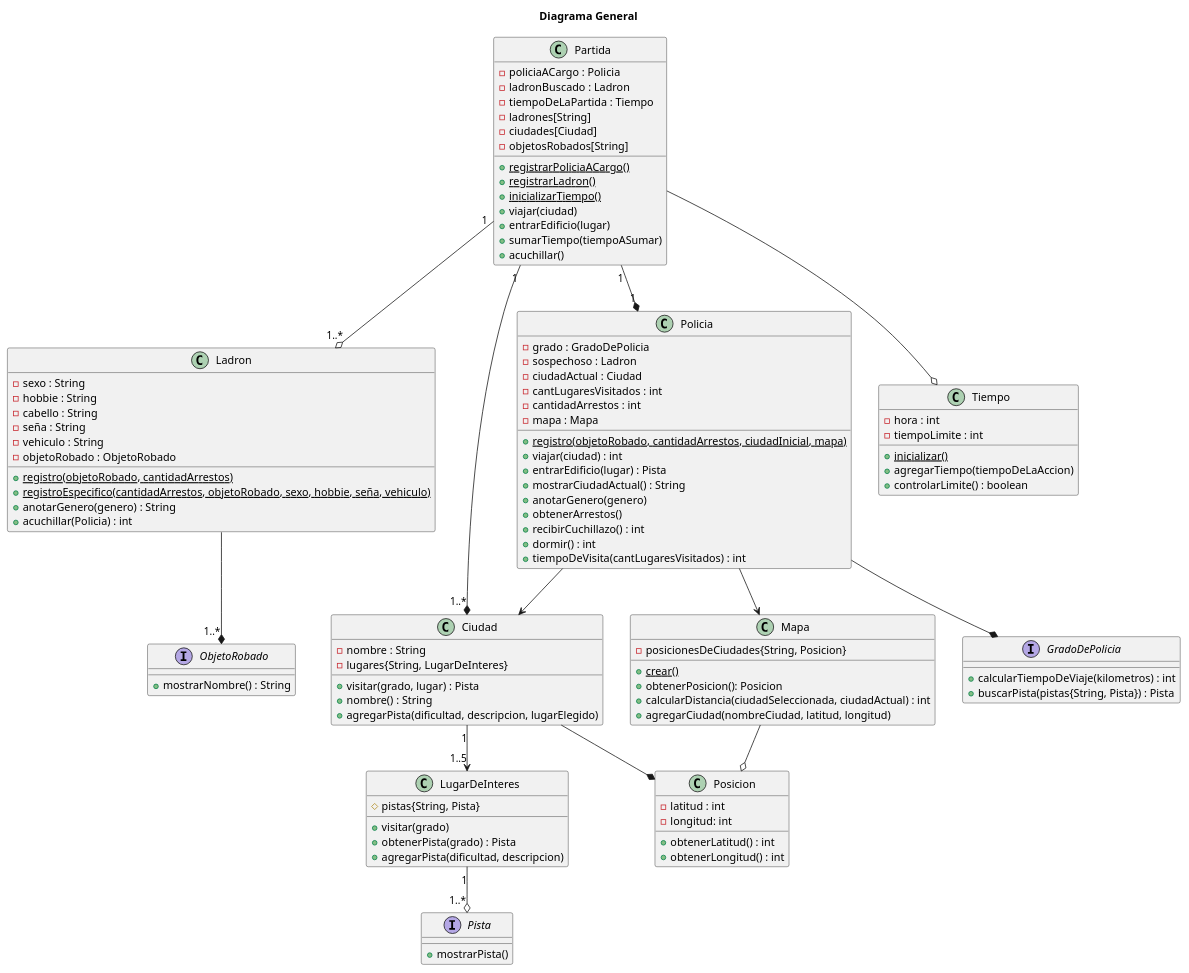
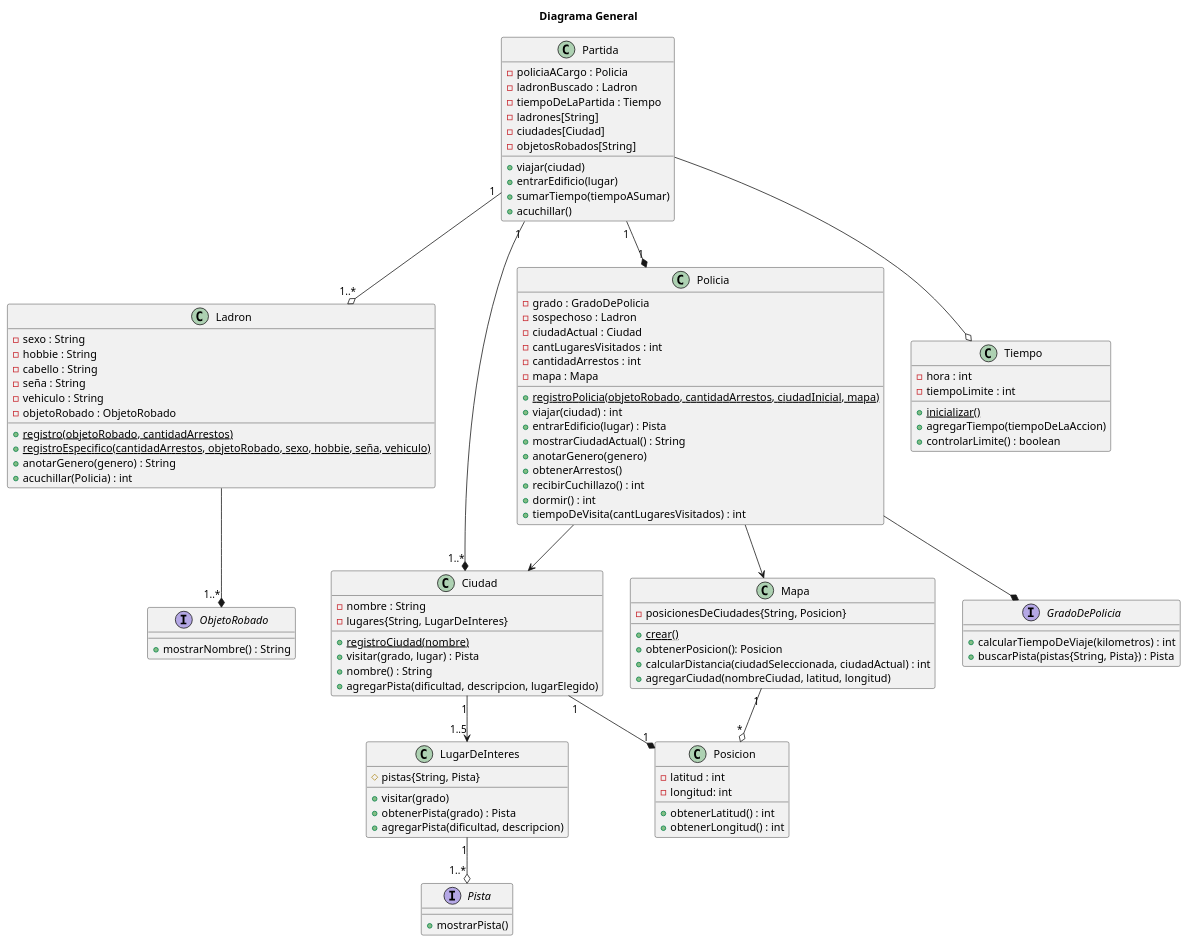
The diagram in diagrams/classes/entrega1/DC_general.puml (kmu01/Algo3_tp2), drawn with PlantUML before and after one commit. The commit also changed 4 other files, not shown here.

```diff
--- a/diagrams/classes/entrega1/DC_general.puml
+++ b/diagrams/classes/entrega1/DC_general.puml
@@ -1,118 +1,116 @@
 @startuml 
 title Diagrama General
 
 
 class Ciudad{
     - nombre : String
     - lugares{String, LugarDeInteres}
+    + {static} registroCiudad(nombre)
     + visitar(grado, lugar) : Pista
     + nombre() : String
     + agregarPista(dificultad, descripcion, lugarElegido)
 
 }
 class Partida{
     - policiaACargo : Policia
     - ladronBuscado : Ladron
     - tiempoDeLaPartida : Tiempo
     - ladrones[String]
     - ciudades[Ciudad]
     - objetosRobados[String]
-    + {static} registrarPoliciaACargo()
-    + {static} registrarLadron()
-    + {static} inicializarTiempo()
     + viajar(ciudad)
     + entrarEdificio(lugar)
     + sumarTiempo(tiempoASumar)
     + acuchillar()
 }
 
 
 class Ladron{
     - sexo : String
     - hobbie : String
     - cabello : String
     - seña : String
     - vehiculo : String
     - objetoRobado : ObjetoRobado
     + {static} registro(objetoRobado, cantidadArrestos)
     + {static} registroEspecifico(cantidadArrestos, objetoRobado, sexo, hobbie, seña, vehiculo)
     + anotarGenero(genero) : String
     + acuchillar(Policia) : int
 }
 
 class Policia{
     - grado : GradoDePolicia
     - sospechoso : Ladron
     - ciudadActual : Ciudad
     - cantLugaresVisitados : int
     - cantidadArrestos : int
     - mapa : Mapa
-    + {static} registro(objetoRobado, cantidadArrestos, ciudadInicial, mapa)
+    + {static} registroPolicia(objetoRobado, cantidadArrestos, ciudadInicial, mapa)
     + viajar(ciudad) : int
     + entrarEdificio(lugar) : Pista
     + mostrarCiudadActual() : String
     + anotarGenero(genero)
     + obtenerArrestos()
     + recibirCuchillazo() : int
     + dormir() : int
     + tiempoDeVisita(cantLugaresVisitados) : int
 }
 
 class Mapa{
     - posicionesDeCiudades{String, Posicion}
     + {static} crear()
     + obtenerPosicion(): Posicion
     + calcularDistancia(ciudadSeleccionada, ciudadActual) : int
     + agregarCiudad(nombreCiudad, latitud, longitud)
 }
 
 class Posicion{
     - latitud : int
     - longitud: int
     + obtenerLatitud() : int
     + obtenerLongitud() : int
 }
 
 interface GradoDePolicia{
     + calcularTiempoDeViaje(kilometros) : int
     + buscarPista(pistas{String, Pista}) : Pista
 }
 
 class LugarDeInteres{
     # pistas{String, Pista}
     + visitar(grado)
     + obtenerPista(grado) : Pista
     + agregarPista(dificultad, descripcion)
 }
 
 interface Pista{
     + mostrarPista()
 }
 
 interface ObjetoRobado{
 	+ mostrarNombre() : String
 }
 
 class Tiempo{
     - hora : int
     - tiempoLimite : int
     + {static} inicializar()
     + agregarTiempo(tiempoDeLaAccion)
     + controlarLimite() : boolean
 }
 
 
 Partida "1" --o "1..*" Ladron
 Partida"1" --* "1"Policia
 Partida --o Tiempo
 Policia --* GradoDePolicia
 Policia --> Mapa
 Partida "1" --* "1..*" Ciudad
 Policia --> Ciudad
 Ciudad "1" --> "1..5"LugarDeInteres
 LugarDeInteres "1" --o "1..*" Pista
 Ladron --* "1..*" ObjetoRobado
-Ciudad --* Posicion
-Mapa --o Posicion
+Ciudad"1" --* "1"Posicion
+Mapa"1" --o "*"Posicion
 
 @enduml
```
